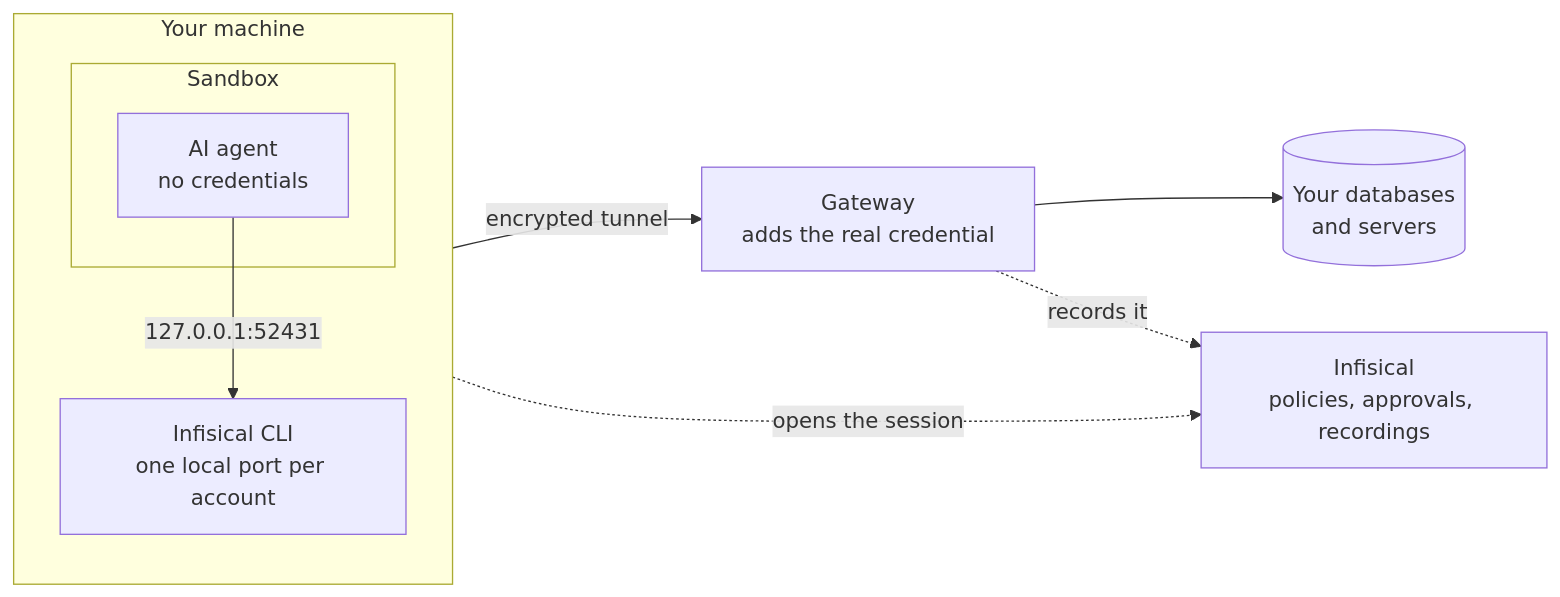
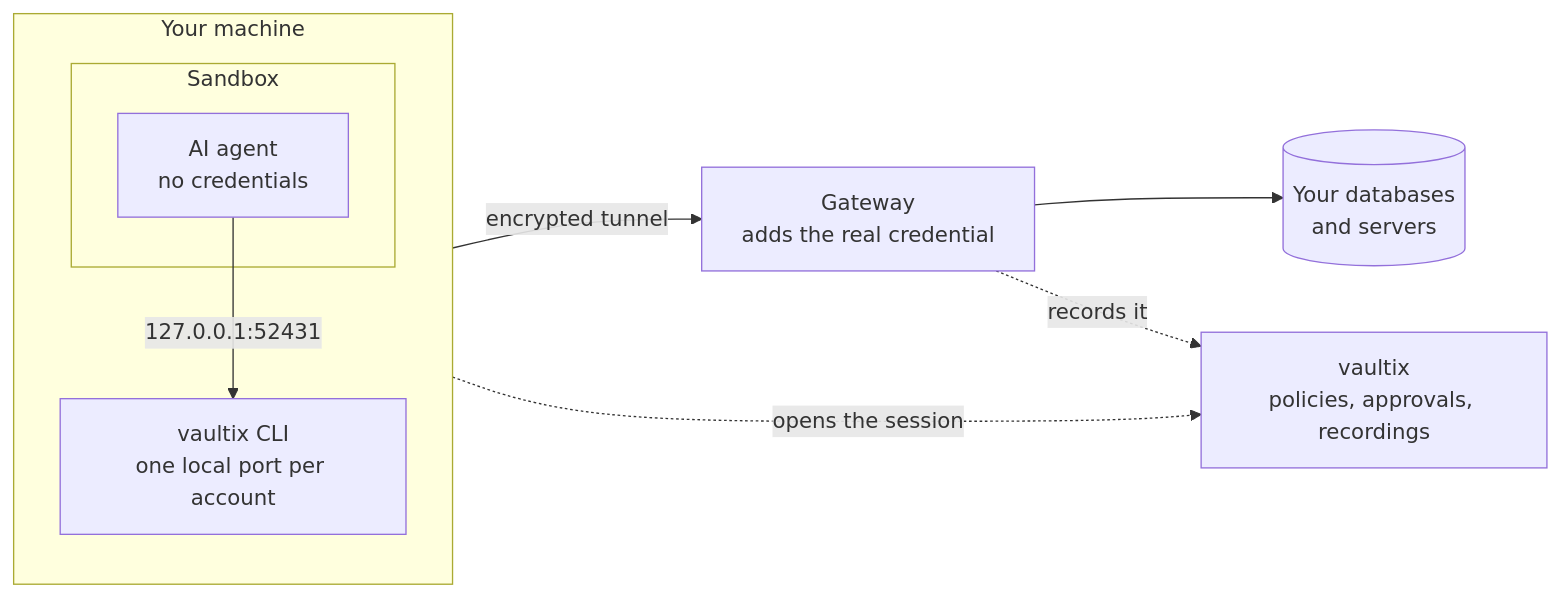
Before and after one commit to shippinAI/vaultix: the diagram in core/docs/documentation/platform/pam/ai-agents/overview.mdx, drawn with Mermaid. The commit also changed other lines of this file and 1202 other files, not shown here.

````diff
--- a/core/docs/documentation/platform/pam/ai-agents/overview.mdx
+++ b/core/docs/documentation/platform/pam/ai-agents/overview.mdx
@@ -21,20 +21,20 @@
 ```mermaid
 flowchart LR
   subgraph machine["Your machine"]
     direction TB
     subgraph box["Sandbox"]
       AGENT["AI agent<br/>no credentials"]
     end
-    CLI["Infisical CLI<br/>one local port per account"]
+    CLI["vaultix CLI<br/>one local port per account"]
   end
 
   GW["Gateway<br/>adds the real credential"]
   TARGET[("Your databases<br/>and servers")]
-  INF["Infisical<br/>policies, approvals, recordings"]
+  INF["vaultix<br/>policies, approvals, recordings"]
 
   AGENT -->|"127.0.0.1:52431"| CLI
   CLI -->|"encrypted tunnel"| GW
   GW --> TARGET
   CLI -.->|"opens the session"| INF
   GW -.->|"records it"| INF
 ```
````
